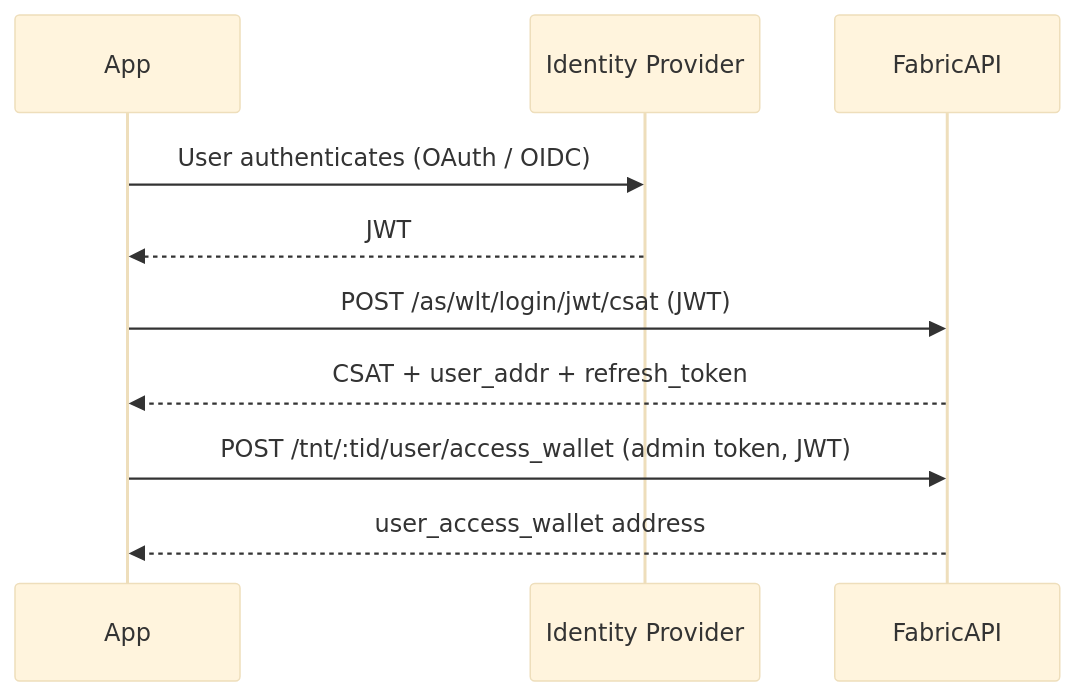
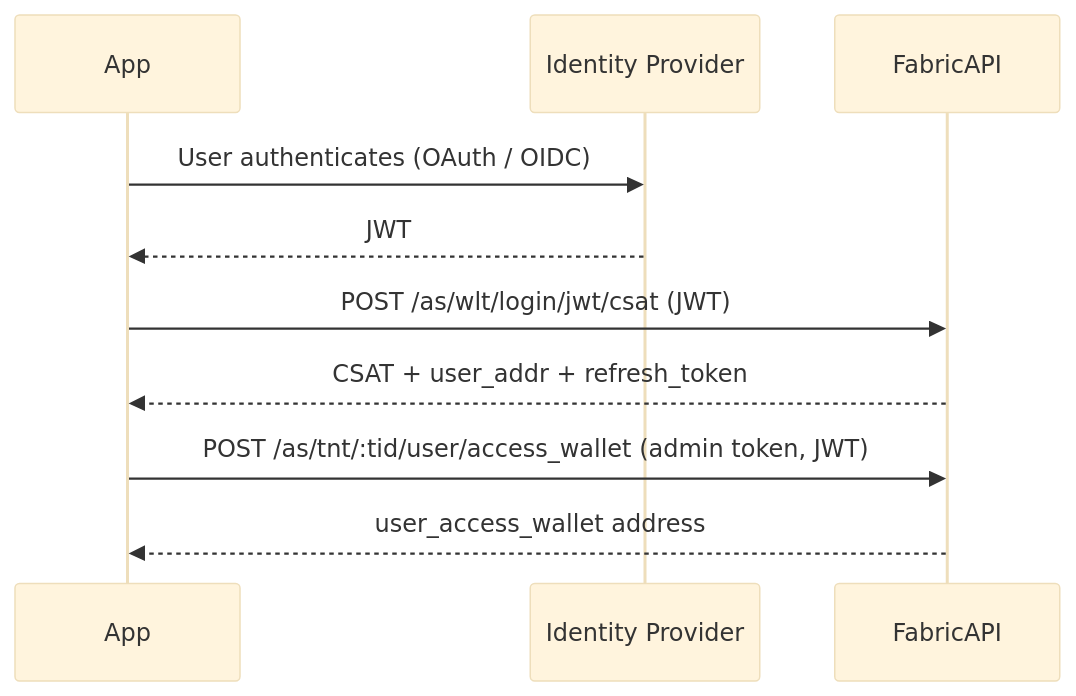
Before and after one commit to eluv-io/elv-docs: the diagram in media-wallet/auth/README.md, drawn with Mermaid (base theme). The commit also changed 2 other files, not shown here.

````diff
--- a/media-wallet/auth/README.md
+++ b/media-wallet/auth/README.md
@@ -9,15 +9,15 @@
 ```mermaid
 sequenceDiagram
     participant App
     participant IdP as Identity Provider
     participant FabricAPI
 
     App->>IdP: User authenticates (OAuth / OIDC)
     IdP-->>App: JWT
 
     App->>FabricAPI: POST /as/wlt/login/jwt/csat (JWT)
     FabricAPI-->>App: CSAT + user_addr + refresh_token
 
-    App->>FabricAPI: POST /tnt/:tid/user/access_wallet (admin token, JWT)
+    App->>FabricAPI: POST /as/tnt/:tid/user/access_wallet (admin token, JWT)
     FabricAPI-->>App: user_access_wallet address
 ```
````
